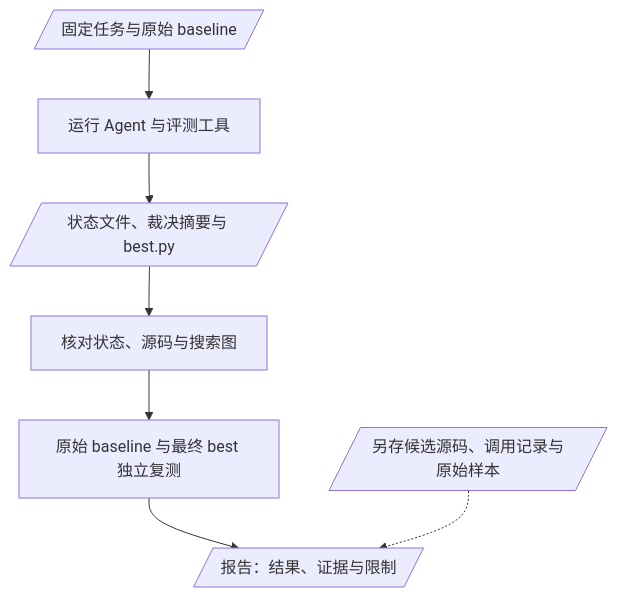
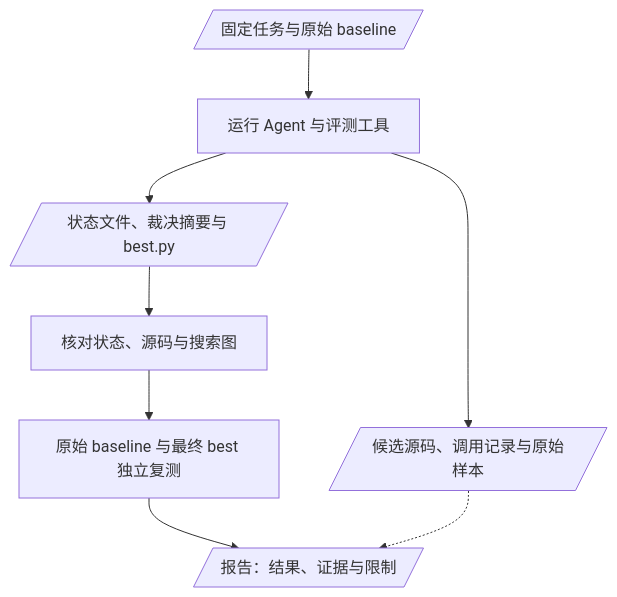
One commit to Weihong-Liu/hello-gpu changed the first of 2 diagrams in docs/part3-agent/chapter17/index.md. Above: the diagram before and after it, drawn with Mermaid. The commit also changed other lines of this file and 20 other files, not shown here.

````diff
--- a/docs/part3-agent/chapter17/index.md
+++ b/docs/part3-agent/chapter17/index.md
@@ -81,9 +81,10 @@
 ```mermaid
 flowchart TB
     T[/固定任务与原始 baseline/] --> A[运行 Agent 与评测工具]
     A --> S[/状态文件、裁决摘要与 best.py/]
     S --> V[核对状态、源码与搜索图]
     V --> C[原始 baseline 与最终 best 独立复测]
     C --> R[/报告：结果、证据与限制/]
-    E[/另存候选源码、调用记录与原始样本/] -.-> R
+    A --> E[/候选源码、调用记录与原始样本/]
+    E -.-> R
 ```
````
